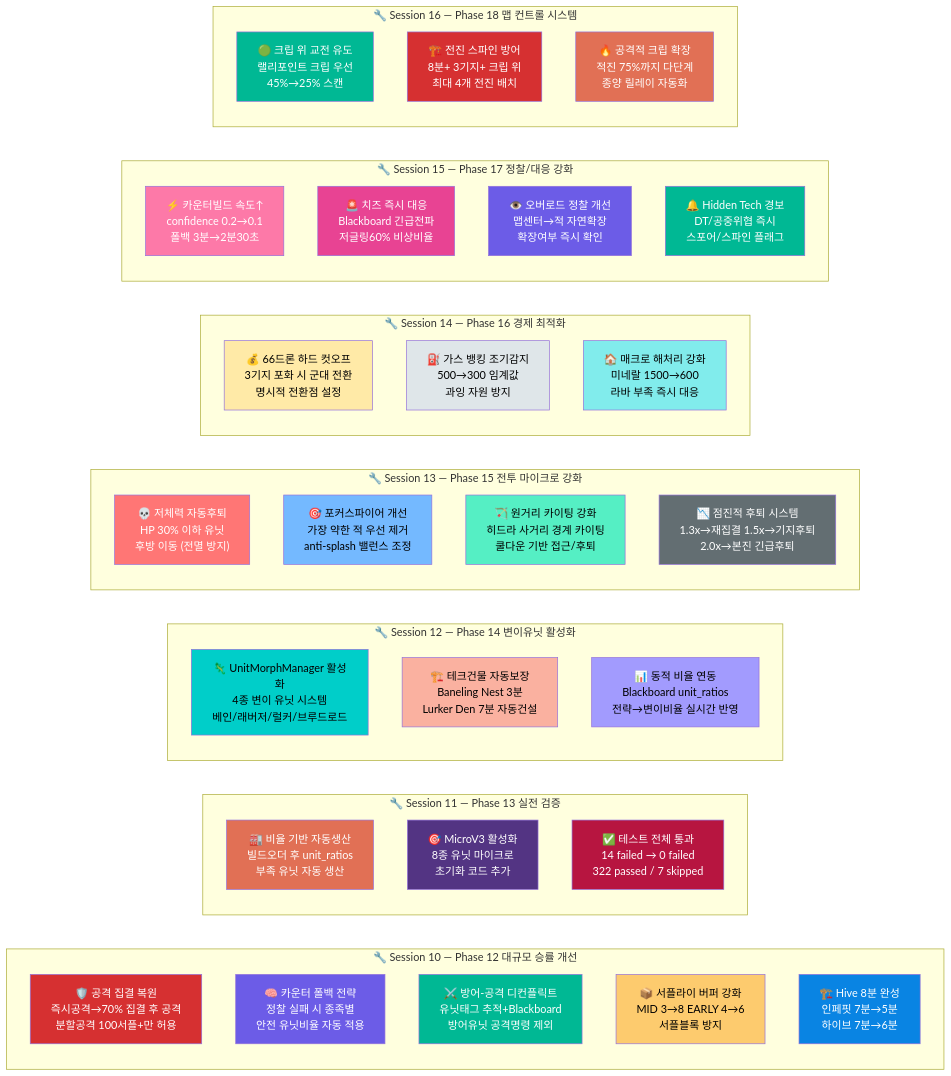
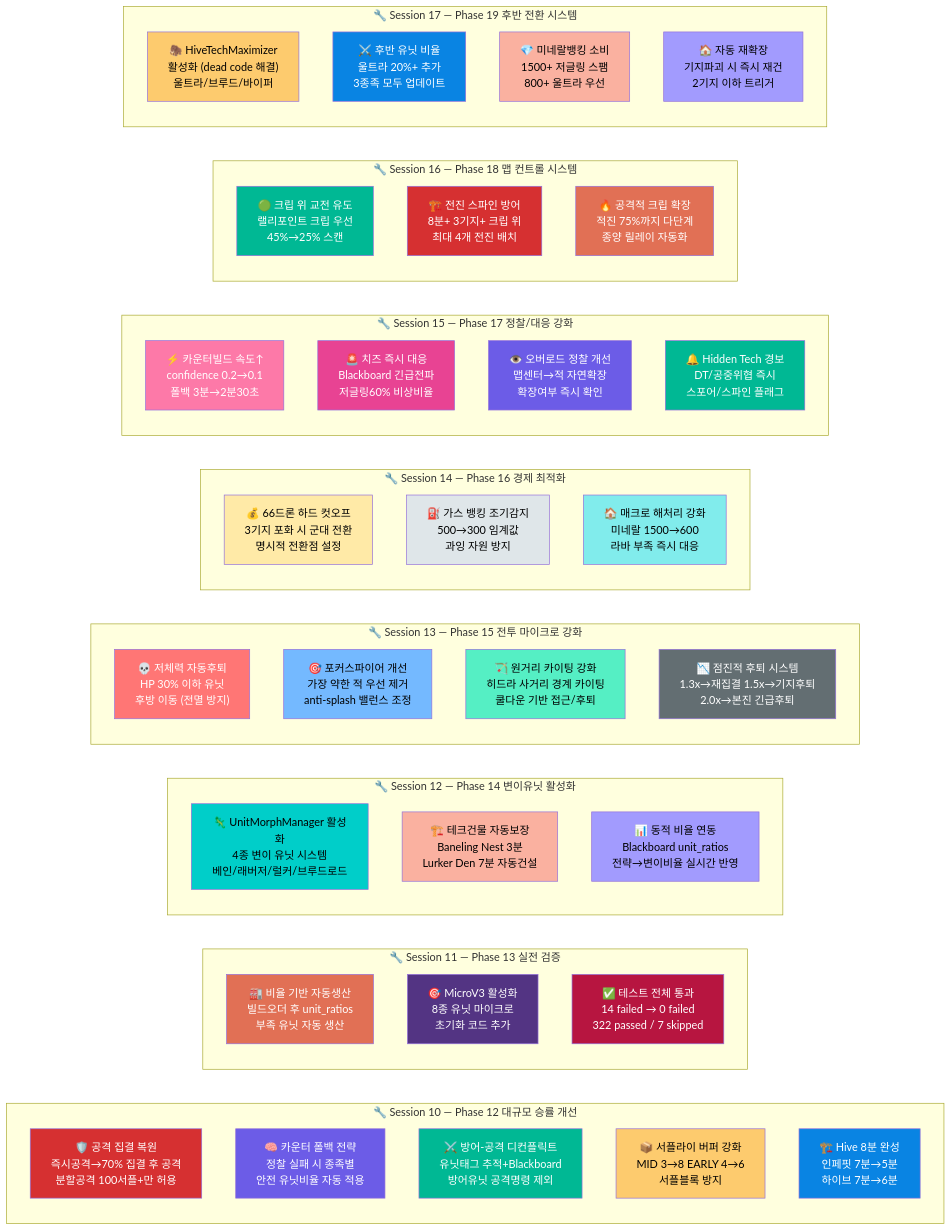
Before and after one commit to sun475300-sudo/Swarm-control-in-sc2bot: diagram 31 of 31 in README.md, drawn with Mermaid. The commit also changed other lines of this file and 5 other files, not shown here.

First line of the commit message:
feat: Phase 19 후반 전환 시스템 — 울트라리스크 + 미네랄소비 + 재확장

````diff
--- a/README.md
+++ b/README.md
@@ -927,6 +929,14 @@
         FIX25["🔥 공격적 크립 확장<br/>적진 75%까지 다단계<br/>종양 릴레이 자동화"]
     end
 
+    subgraph "🔧 Session 17 — Phase 19 후반 전환 시스템"
+        direction TB
+        FIX26["🦣 HiveTechMaximizer<br/>활성화 (dead code 해결)<br/>울트라/브루드/바이퍼"]
+        FIX27["⚔️ 후반 유닛 비율<br/>울트라 20%+ 추가<br/>3종족 모두 업데이트"]
+        FIX28["💎 미네랄뱅킹 소비<br/>1500+ 저글링 스팸<br/>800+ 울트라 우선"]
+        FIX29["🏠 자동 재확장<br/>기지파괴 시 즉시 재건<br/>2기지 이하 트리거"]
+    end
+
     style FIX1 fill:#d63031,color:#fff
     style FIX2 fill:#6c5ce7,color:#fff
     style FIX3 fill:#00b894,color:#fff
@@ -952,4 +962,8 @@
     style FIX23 fill:#00b894,color:#fff
     style FIX24 fill:#d63031,color:#fff
     style FIX25 fill:#e17055,color:#fff
+    style FIX26 fill:#fdcb6e,color:#000
+    style FIX27 fill:#0984e3,color:#fff
+    style FIX28 fill:#fab1a0,color:#000
+    style FIX29 fill:#a29bfe,color:#000
 ```
````
